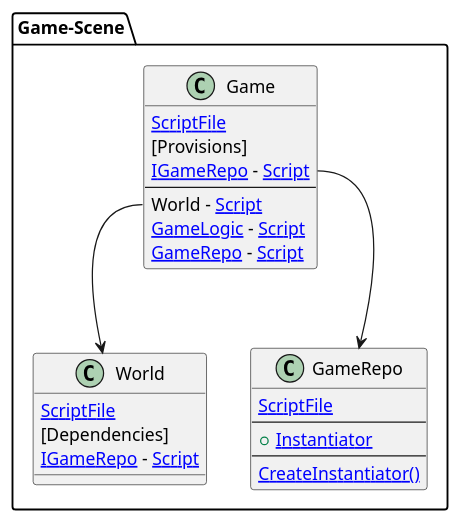
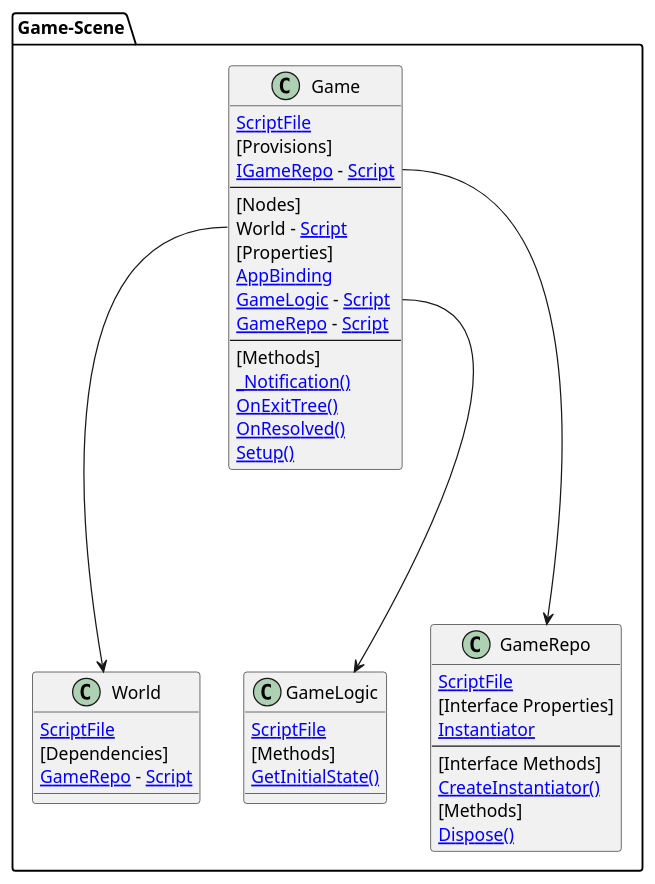
The diagram in src/Chickensoft.UMLGenerator.Tests/Snapshots/HasDependency_Game.verified.puml (chickensoft-games/UMLGenerator), drawn with PlantUML before and after one commit. The commit also changed 7 other files, not shown here.

```diff
--- a/src/Chickensoft.UMLGenerator.Tests/Snapshots/HasDependency_Game.verified.puml
+++ b/src/Chickensoft.UMLGenerator.Tests/Snapshots/HasDependency_Game.verified.puml
@@ -1,35 +1,47 @@
 @startuml
 
 package Game-Scene [[../../TestCases/HasDependency/Game.tscn]] {
-	
-class Game  {
-	[[../../Game/Game.cs ScriptFile]]
-	[Provisions]
-	[[../../Game/Game.cs:15 IGameRepo]] - [[../../TestCases/HasDependency/Domain/GameRepo.cs Script]]
---
-World - [[../../World/World.cs Script]]
-	[[../../Game/Game.cs:22 GameLogic]] - [[../../TestCases/HasDependency/Logic/GameLogic.cs Script]]
-	[[../../Game/Game.cs:21 GameRepo]] - [[../../TestCases/HasDependency/Domain/GameRepo.cs Script]]
-}
-
-	
-class World  {
-	[[../../World/World.cs ScriptFile]]
-	[Dependencies]
-	[[../../World/World.cs:19 IGameRepo]] - [[../../TestCases/HasDependency/Domain/GameRepo.cs Script]]
-}
-
-	
-class GameRepo  {
-	[[../../TestCases/HasDependency/Domain/GameRepo.cs ScriptFile]]
---
-+ [[../../TestCases/HasDependency/Domain/GameRepo.cs:15 Instantiator]]
---
-[[../../TestCases/HasDependency/Domain/GameRepo.cs:17 CreateInstantiator()]]
-}
-
-	Game::World --> World
-	Game::GameRepo --> GameRepo
+    class Game  {
+        [[../../Game/Game.cs ScriptFile]]
+        [Provisions]
+        [[../../Game/Game.cs:15 IGameRepo]] - [[../../TestCases/HasDependency/Domain/GameRepo.cs Script]]
+        --
+        [Nodes]
+        World - [[../../World/World.cs Script]]
+        [Properties]
+        [[../../Game/Game.cs:23 AppBinding]]
+        [[../../Game/Game.cs:22 GameLogic]] - [[../../TestCases/HasDependency/Logic/GameLogic.cs Script]]
+        [[../../Game/Game.cs:21 GameRepo]] - [[../../TestCases/HasDependency/Domain/GameRepo.cs Script]]
+        --
+        [Methods]
+        [[../../Game/Game.cs:29 _Notification()]]
+        [[../../Game/Game.cs:47 OnExitTree()]]
+        [[../../Game/Game.cs:40 OnResolved()]]
+        [[../../Game/Game.cs:31 Setup()]]
+    }
+    class World  {
+        [[../../World/World.cs ScriptFile]]
+        [Dependencies]
+        [[../../World/World.cs:19 GameRepo]] - [[../../TestCases/HasDependency/Domain/GameRepo.cs Script]]
+    }
+    class GameLogic  {
+        [[../../TestCases/HasDependency/Logic/GameLogic.cs ScriptFile]]
+        [Methods]
+        [[../../TestCases/HasDependency/Logic/GameLogic.cs:12 GetInitialState()]]
+    }
+    class GameRepo  {
+        [[../../TestCases/HasDependency/Domain/GameRepo.cs ScriptFile]]
+        [Interface Properties]
+        [[../../TestCases/HasDependency/Domain/GameRepo.cs:15 Instantiator]]
+        --
+        [Interface Methods]
+        [[../../TestCases/HasDependency/Domain/GameRepo.cs:17 CreateInstantiator()]]
+        [Methods]
+        [[../../TestCases/HasDependency/Domain/GameRepo.cs:24 Dispose()]]
+    }
+    Game::World ---> World
+    Game::GameLogic ---> GameLogic
+    Game::GameRepo ---> GameRepo
 }
 
 @enduml
```
